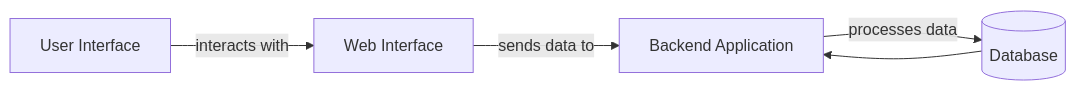
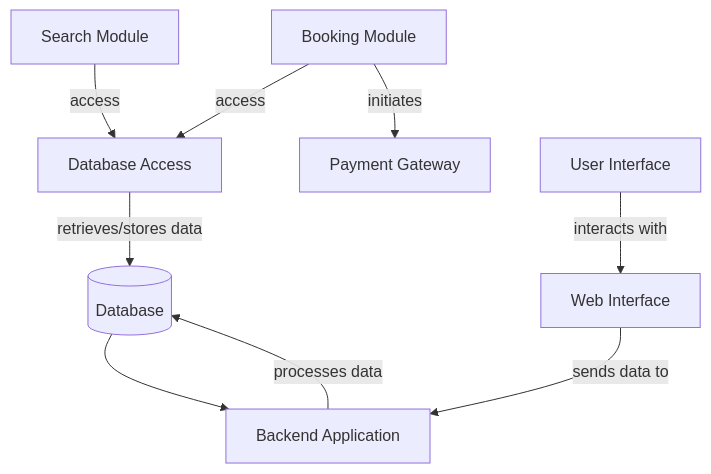
One commit to officegeek/minimal-mistakes changed the diagram in test.md. Above: the diagram before and after it, drawn with Mermaid.

````diff
--- a/test.md
+++ b/test.md
@@ -1,7 +1,12 @@
 ```mermaid
-graph LR
+graph TD
+    SM[Search Module] -->|access| DA[Database Access]
+    BM[Booking Module] -->|access| DA
+    DA -->|retrieves/stores data| DB[(Database)]
+    BM -->|initiates| PG[Payment Gateway]
+
     UI[User Interface] -->|interacts with| WI[Web Interface]
     WI -->|sends data to| BA[Backend Application]
     BA -->|processes data| DB[(Database)]
     DB --> BA
 ```
````
